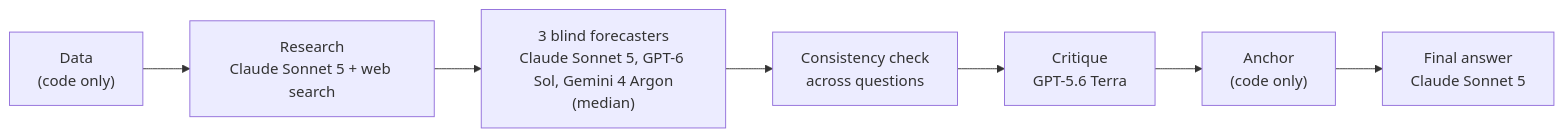
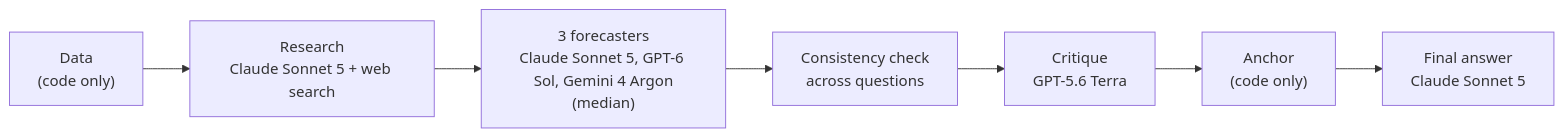
The diagram in README.md (pchrysostomou/midterms-forecasting-agent), drawn with Mermaid before and after one commit. The commit also changed other lines of this file, not shown here.

Commit message:
README: say what the repo holds

````diff
--- a/README.md
+++ b/README.md
@@ -37,9 +39,9 @@
 ```mermaid
 flowchart LR
     D["Data<br/>(code only)"] --> R["Research<br/>Claude Sonnet 5 + web search"]
-    R --> F["3 blind forecasters<br/>Claude Sonnet 5, GPT-6 Sol, Gemini 4 Argon<br/>(median)"]
+    R --> F["3 forecasters<br/>Claude Sonnet 5, GPT-6 Sol, Gemini 4 Argon<br/>(median)"]
     F --> C["Consistency check<br/>across questions"]
     C --> K["Critique<br/>GPT-5.6 Terra"]
     K --> A["Anchor<br/>(code only)"]
     A --> Z["Final answer<br/>Claude Sonnet 5"]
 ```
````
